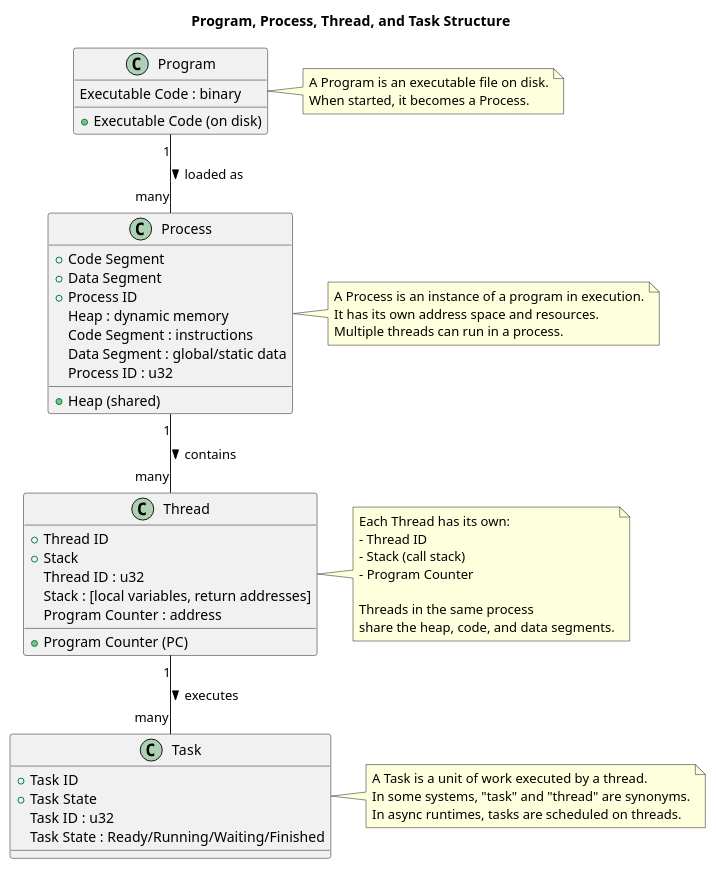
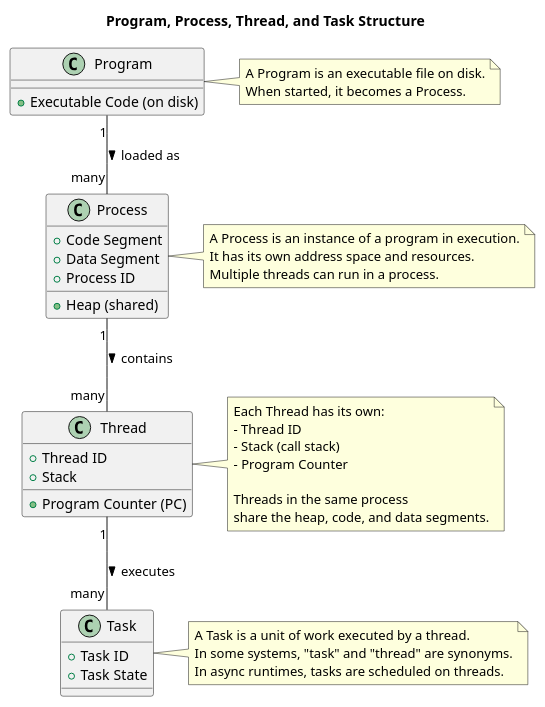
One commit to chriamue/rust-async-examples changed the diagram in thread-components.puml. Above: the diagram before and after it, drawn with PlantUML. The commit also changed 3 other files, not shown here.

Commit message:
:sparkles: updates diagrams

```diff
--- a/thread-components.puml
+++ b/thread-components.puml
@@ -1,70 +1,57 @@
 @startuml
 title Program, Process, Thread, and Task Structure
 
 class Program {
     +Executable Code (on disk)
 }
 
 class Process {
     +Heap (shared)
     +Code Segment
     +Data Segment
     +Process ID
 }
 
 class Thread {
     +Thread ID
     +Program Counter (PC)
     +Stack
 }
 
 class Task {
     +Task ID
     +Task State
 }
 
 Program "1" -- "many" Process : loaded as >
 Process "1" -- "many" Thread : contains >
 Thread "1" -- "many" Task : executes >
 
-Program : Executable Code : binary
-Process : Heap : dynamic memory
-Process : Code Segment : instructions
-Process : Data Segment : global/static data
-Process : Process ID : u32
-
-Thread : Thread ID : u32
-Thread : Stack : [local variables, return addresses]
-Thread : Program Counter : address
-
-Task : Task ID : u32
-Task : Task State : Ready/Running/Waiting/Finished
-
 note right of Program
 A Program is an executable file on disk.
 When started, it becomes a Process.
 end note
 
 note right of Process
 A Process is an instance of a program in execution.
 It has its own address space and resources.
 Multiple threads can run in a process.
 end note
 
 note right of Thread
 Each Thread has its own:
 - Thread ID
 - Stack (call stack)
 - Program Counter
 
 Threads in the same process
 share the heap, code, and data segments.
 end note
 
 note right of Task
 A Task is a unit of work executed by a thread.
 In some systems, "task" and "thread" are synonyms.
 In async runtimes, tasks are scheduled on threads.
 end note
 
 @enduml
```
